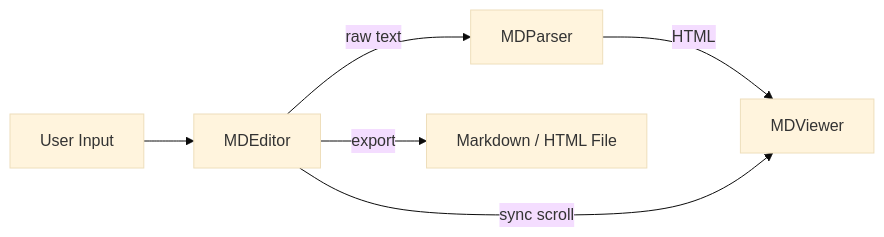
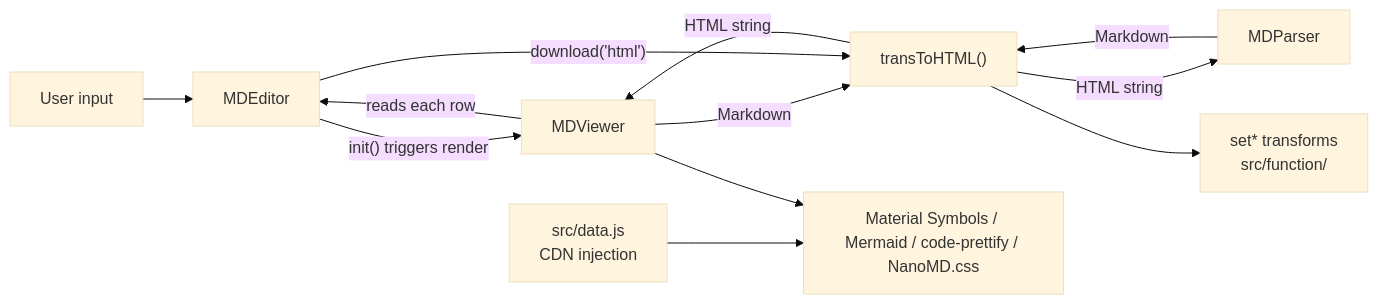
The first of 7 diagrams in doc/architecture.md (pardnchiu/NanoMD), drawn with Mermaid (base theme) before and after one commit. The commit also changed other lines of this file and 8 other files, not shown here.

````diff
--- a/doc/architecture.md
+++ b/doc/architecture.md
@@ -9,8 +7,14 @@
 ```mermaid
 graph LR
-    Input[User Input] --> Editor[MDEditor]
-    Editor -->|raw text| Parser[MDParser]
-    Parser -->|HTML| Viewer[MDViewer]
-    Editor -->|sync scroll| Viewer
-    Editor -->|export| Export[Markdown / HTML File]
+    User[User input] --> Editor[MDEditor]
+    Editor -->|"init() triggers render"| Viewer[MDViewer]
+    Viewer -->|reads each row| Editor
+    Viewer -->|Markdown| Trans["transToHTML()"]
+    Parser[MDParser] -->|Markdown| Trans
+    Editor -->|"download('html')"| Trans
+    Trans -->|HTML string| Viewer
+    Trans -->|HTML string| Parser
+    Trans --> Funcs["set* transforms<br/>src/function/"]
+    Data["src/data.js<br/>CDN injection"] --> Runtime[Material Symbols / Mermaid / code-prettify / NanoMD.css]
+    Viewer --> Runtime
 ```
````
